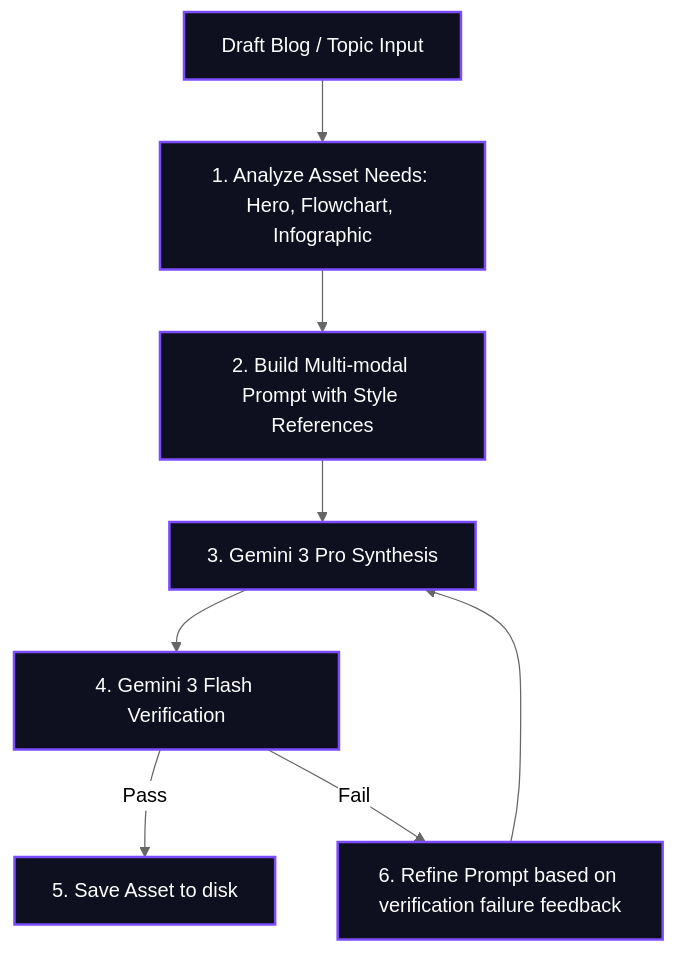
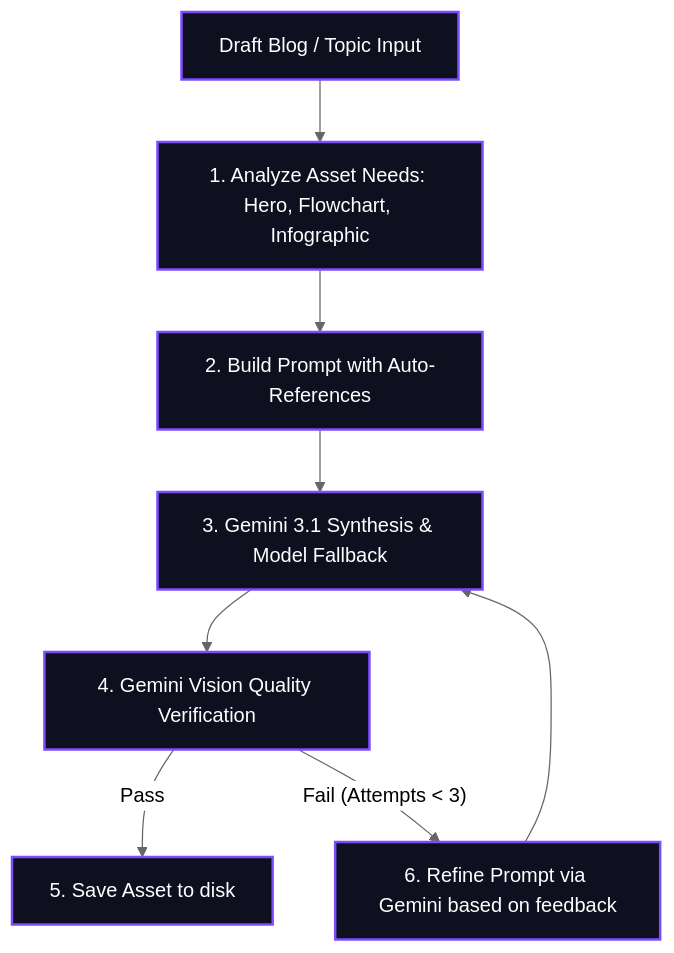
One commit to ksprashu/skills-image-gen-expert changed the diagram in README.md. Above: the diagram before and after it, drawn with Mermaid (neutral theme). The commit also changed other lines of this file and 3 other files, not shown here.

Commit message:
feat(image-gen-expert): set default model to gemini-3.1-flash-image, max_attempts to 3, add fallback chain and auto-reference rules

````diff
--- a/README.md
+++ b/README.md
@@ -20,13 +29,13 @@
 ```mermaid
 graph TD
     Start[Draft Blog / Topic Input] --> Analyze[1. Analyze Asset Needs: Hero, Flowchart, Infographic]
-    Analyze --> BuildPrompt[2. Build Multi-modal Prompt with Style References]
-    BuildPrompt --> Synthesis[3. Gemini 3 Pro Synthesis]
-    Synthesis --> Verify[4. Gemini 3 Flash Verification]
+    Analyze --> BuildPrompt[2. Build Prompt with Auto-References]
+    BuildPrompt --> Synthesis[3. Gemini 3.1 Synthesis & Model Fallback]
+    Synthesis --> Verify[4. Gemini Vision Quality Verification]
     Verify -- Pass --> Save[5. Save Asset to disk]
-    Verify -- Fail --> Retry[6. Refine Prompt based on verification failure feedback]
+    Verify -- Fail (Attempts < 3) --> Retry[6. Refine Prompt via Gemini based on feedback]
     Retry --> Synthesis
     
     classDef steps fill:#0e101f,stroke:#7c4dff,stroke-width:2px,color:#fff;
     class Start,Analyze,BuildPrompt,Synthesis,Verify,Save,Retry steps;
 ```
````
